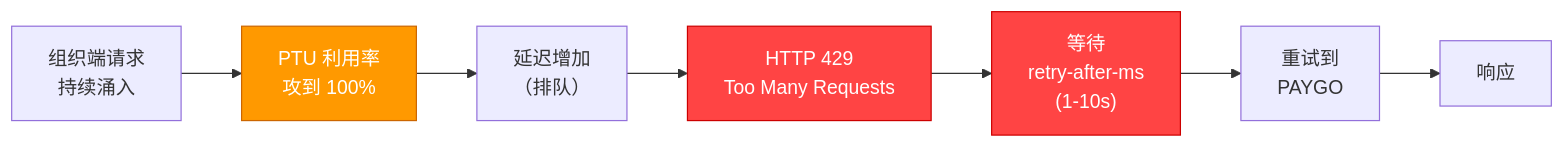
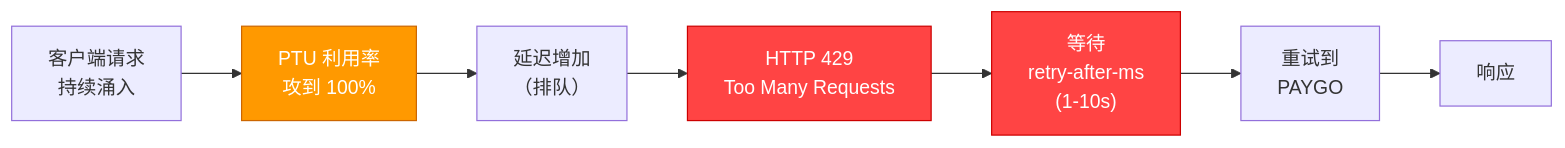
The second of 4 diagrams in Agents/AOAI-Model-Migration-Benchmark/README-CN.md (david-xinyuwei/david-share), drawn with Mermaid before and after one commit. The commit also changed other lines of this file and 3 other files, not shown here.

````diff
--- a/Agents/AOAI-Model-Migration-Benchmark/README-CN.md
+++ b/Agents/AOAI-Model-Migration-Benchmark/README-CN.md
@@ -412,12 +412,12 @@
 ```mermaid
 flowchart LR
-    A["组织端请求<br/>持续涌入"] --> B["PTU 利用率<br/>攻到 100%"]
+    A["客户端请求<br/>持续涌入"] --> B["PTU 利用率<br/>攻到 100%"]
     B --> C["延迟增加<br/>（排队）"]
     C --> D["HTTP 429<br/>Too Many Requests"]
     D --> E["等待<br/>retry-after-ms<br/>(1-10s)"]
     E --> F["重试到<br/>PAYGO"]
     F --> G[响应]
     style B fill:#f90,color:#fff,stroke:#c60
     style D fill:#f44,color:#fff,stroke:#c00
     style E fill:#f44,color:#fff,stroke:#c00
 ```
````
